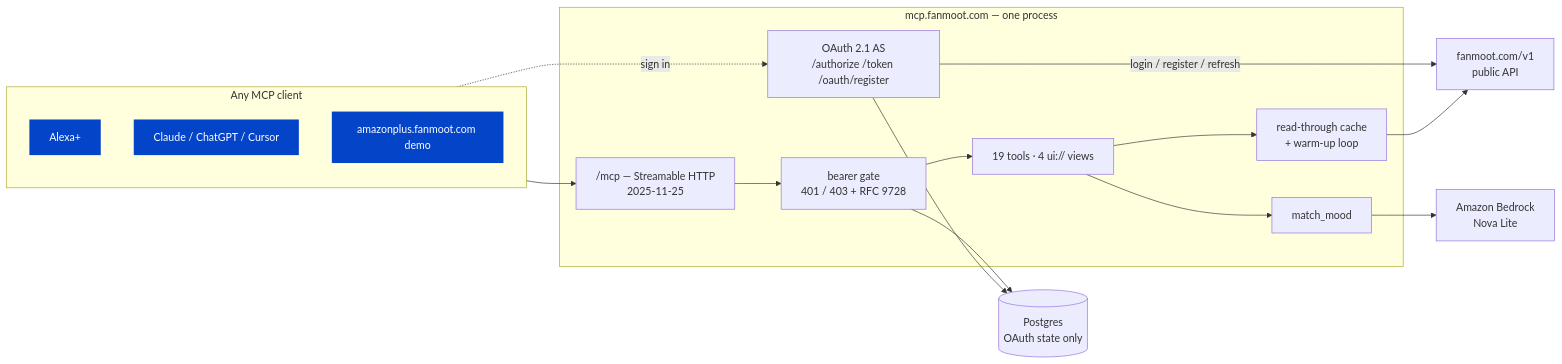
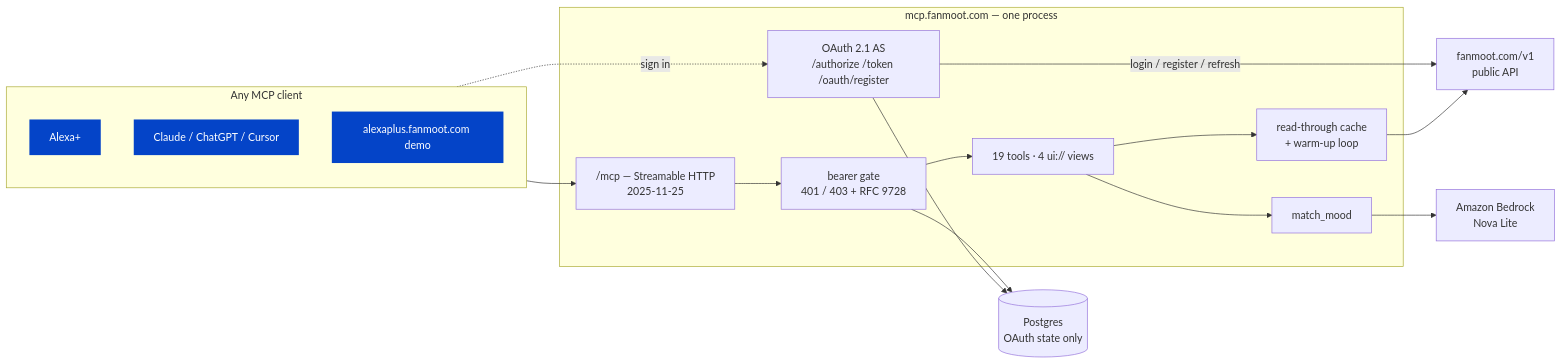
One commit to iyinusa/fanmoot-mcp changed the first of 2 diagrams in README.md. Above: the diagram before and after it, drawn with Mermaid. The commit also changed other lines of this file and 15 other files, not shown here.

````diff
--- a/README.md
+++ b/README.md
@@ -387,27 +392,27 @@
 ```mermaid
 flowchart LR
     subgraph clients[Any MCP client]
       A[Alexa+]:::c
       C[Claude / ChatGPT / Cursor]:::c
-      D[amazonplus.fanmoot.com demo]:::c
+      D[alexaplus.fanmoot.com demo]:::c
     end
     subgraph mcp[mcp.fanmoot.com — one process]
       T["/mcp — Streamable HTTP<br/>2025-11-25"]
       G[bearer gate<br/>401 / 403 + RFC 9728]
       AS["OAuth 2.1 AS<br/>/authorize /token /oauth/register"]
       TL[19 tools · 4 ui:// views]
       K[read-through cache<br/>+ warm-up loop]
       M[match_mood]
     end
     PG[(Postgres<br/>OAuth state only)]
     F[fanmoot.com/v1<br/>public API]
     B[Amazon Bedrock<br/>Nova Lite]
     clients --> T --> G --> TL
     clients -.sign in.-> AS
     AS --> PG
     G --> PG
     TL --> K --> F
     AS -- login / register / refresh --> F
     TL --> M --> B
     classDef c fill:#0444c8,color:#fff,stroke:none
 ```
````
